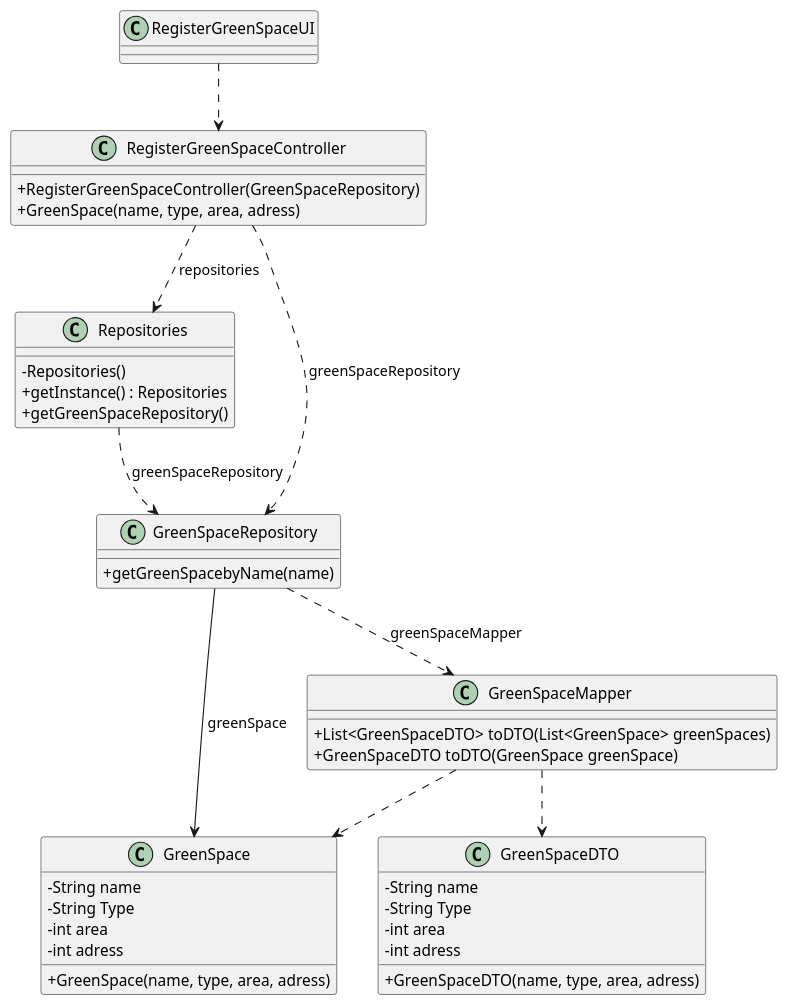
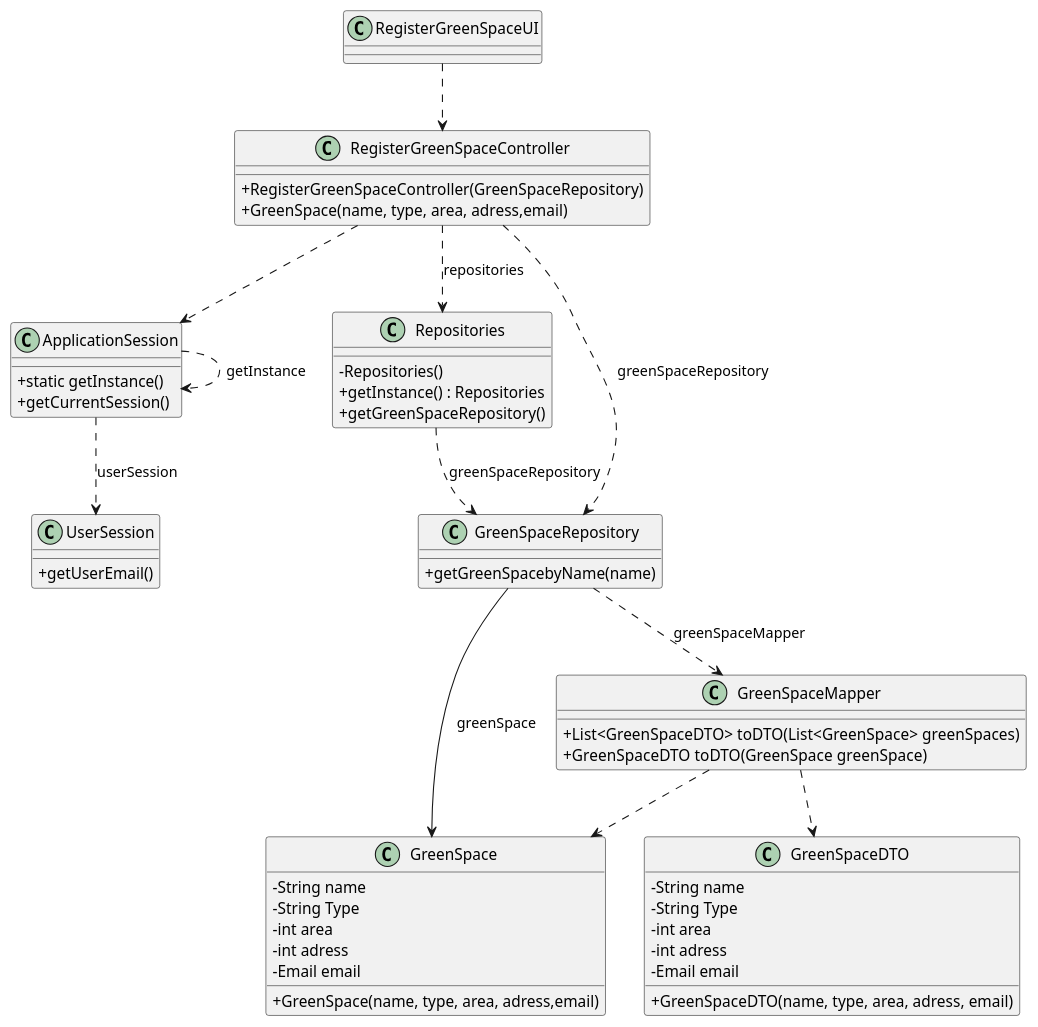
The diagram in docs/sprintC/us020/03.design/puml/us020-class-diagram.puml (Departamento-de-Engenharia-Informatica/lei-24-s2-1dm-g132), drawn with PlantUML before and after one commit. The commit also changed 3 other files, not shown here.

Commit message:
Changes in us20 and 27 class diagram

```diff
--- a/docs/sprintC/us020/03.design/puml/us020-class-diagram.puml
+++ b/docs/sprintC/us020/03.design/puml/us020-class-diagram.puml
@@ -1,56 +1,66 @@
 @startuml
 skinparam classAttributeIconSize 0
 
 class RegisterGreenSpaceController {
      + RegisterGreenSpaceController(GreenSpaceRepository)
-        + GreenSpace(name, type, area, adress)
+        + GreenSpace(name, type, area, adress,email)
 
 }
 
 
 class RegisterGreenSpaceUI {
-
+}
+class ApplicationSession
+{
+    + static getInstance()
+    + getCurrentSession()
+}
+class UserSession
+{
+    + getUserEmail()
 }
 
 class GreenSpace
 {
     - String name
     - String Type
     - int area
     - int adress
-    + GreenSpace(name, type, area, adress)
+    - Email email
+    + GreenSpace(name, type, area, adress,email)
 }
 class Repositories {
     - Repositories()
     + getInstance() : Repositories
     + getGreenSpaceRepository()
 }
 
 class GreenSpaceRepository {
    + getGreenSpacebyName(name)
 }
 
 class GreenSpaceMapper {
     + List<GreenSpaceDTO> toDTO(List<GreenSpace> greenSpaces)
     + GreenSpaceDTO toDTO(GreenSpace greenSpace)
 }
 class GreenSpaceDTO{
     - String name
     - String Type
     - int area
     - int adress
-    + GreenSpaceDTO(name, type, area, adress)
+    - Email email
+    + GreenSpaceDTO(name, type, area, adress, email)
 }
 
 RegisterGreenSpaceUI ..> RegisterGreenSpaceController
 RegisterGreenSpaceController ..> GreenSpaceRepository : greenSpaceRepository
 GreenSpaceRepository ---> GreenSpace : greenSpace
 Repositories ..> GreenSpaceRepository : greenSpaceRepository
 RegisterGreenSpaceController ..> Repositories : repositories
 GreenSpaceMapper ..> GreenSpace
 GreenSpaceMapper ..> GreenSpaceDTO
 GreenSpaceRepository ..> GreenSpaceMapper : greenSpaceMapper
-
-'RegisterGreenSpaceController ..> GreenSpace : greenSpace
-
+RegisterGreenSpaceController ..> ApplicationSession
+ApplicationSession ..> UserSession : userSession
+ApplicationSession ..> ApplicationSession :getInstance
 @enduml
```
